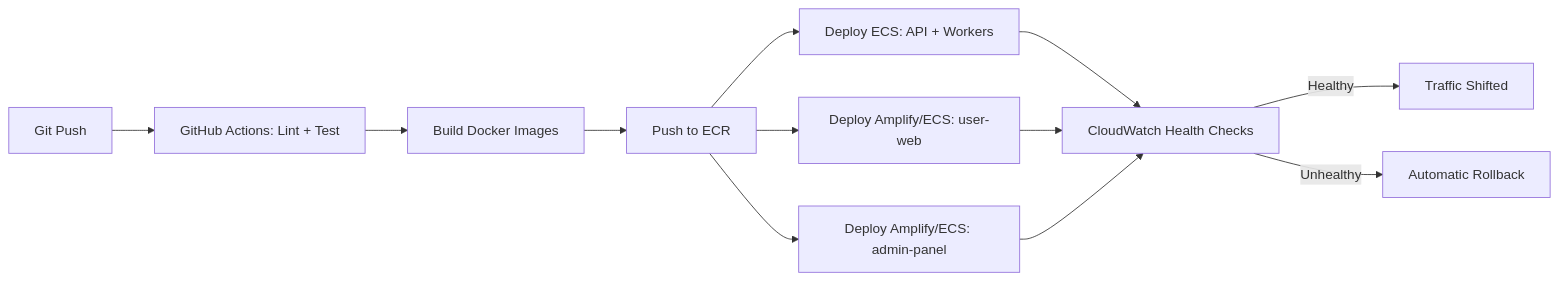
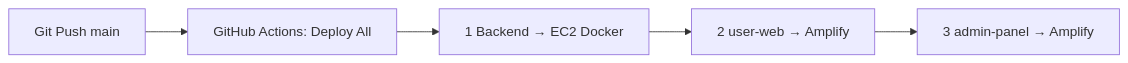
One commit to norvantechnology/Blinkit_eccomrce changed the second of 9 diagrams in Blinkit.md. Above: the diagram before and after it, drawn with Mermaid. The commit also changed other lines of this file and 12 other files, not shown here.

First line of the commit message:
Prepare single Deploy All workflow and clean repo clutter

````diff
--- a/Blinkit.md
+++ b/Blinkit.md
@@ -1002,14 +983,7 @@
 ```mermaid
 flowchart LR
-  A[Git Push] --> B[GitHub Actions: Lint + Test]
-  B --> C[Build Docker Images]
-  C --> D[Push to ECR]
-  D --> E[Deploy ECS: API + Workers]
-  D --> F[Deploy Amplify/ECS: user-web]
-  D --> G[Deploy Amplify/ECS: admin-panel]
-  E --> H[CloudWatch Health Checks]
-  F --> H
-  G --> H
-  H -->|Healthy| I[Traffic Shifted]
-  H -->|Unhealthy| J[Automatic Rollback]
+  A[Git Push main] --> B[GitHub Actions: Deploy All]
+  B --> C[1 Backend → EC2 Docker]
+  C --> D[2 user-web → Amplify]
+  D --> E[3 admin-panel → Amplify]
 ```
````
